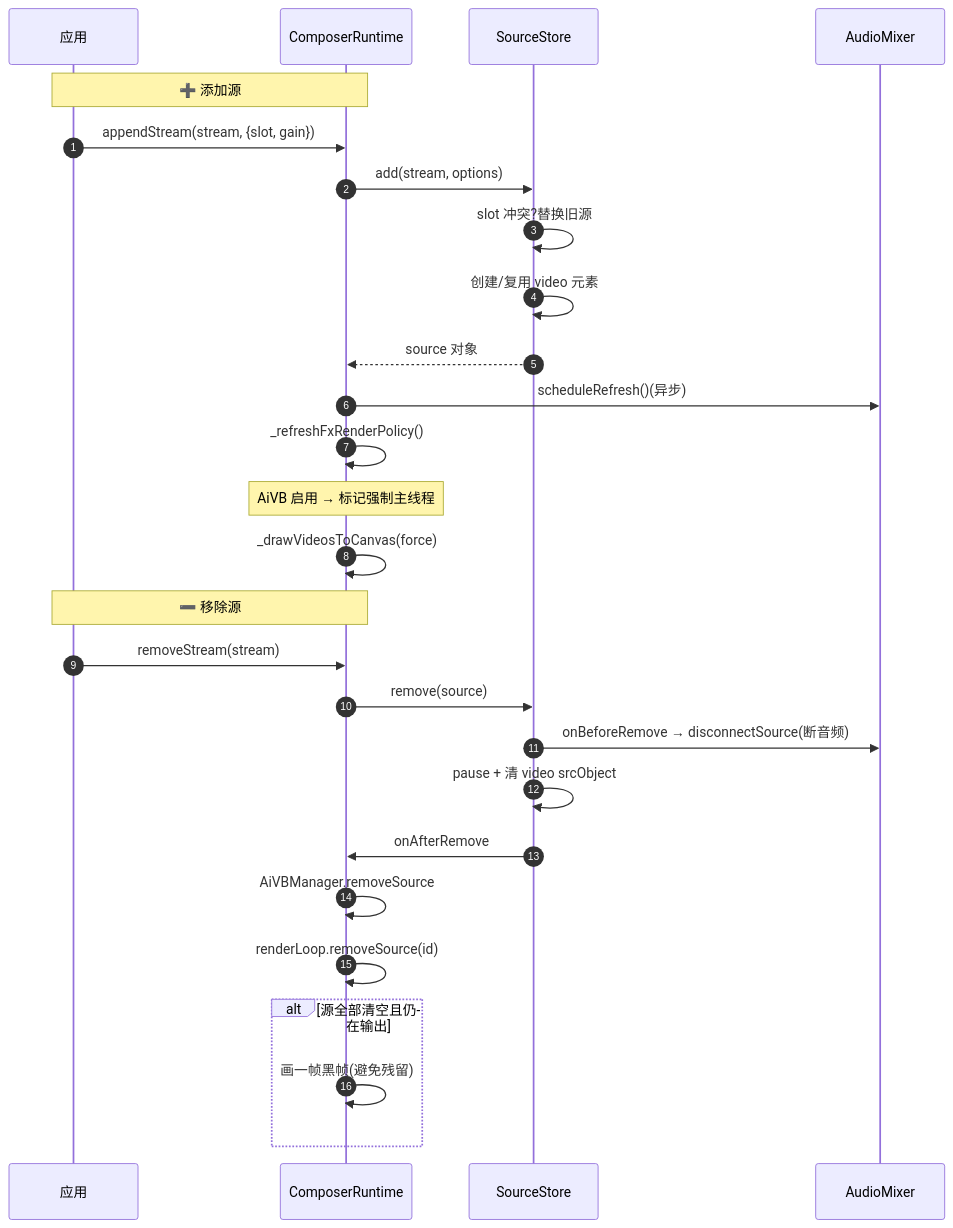
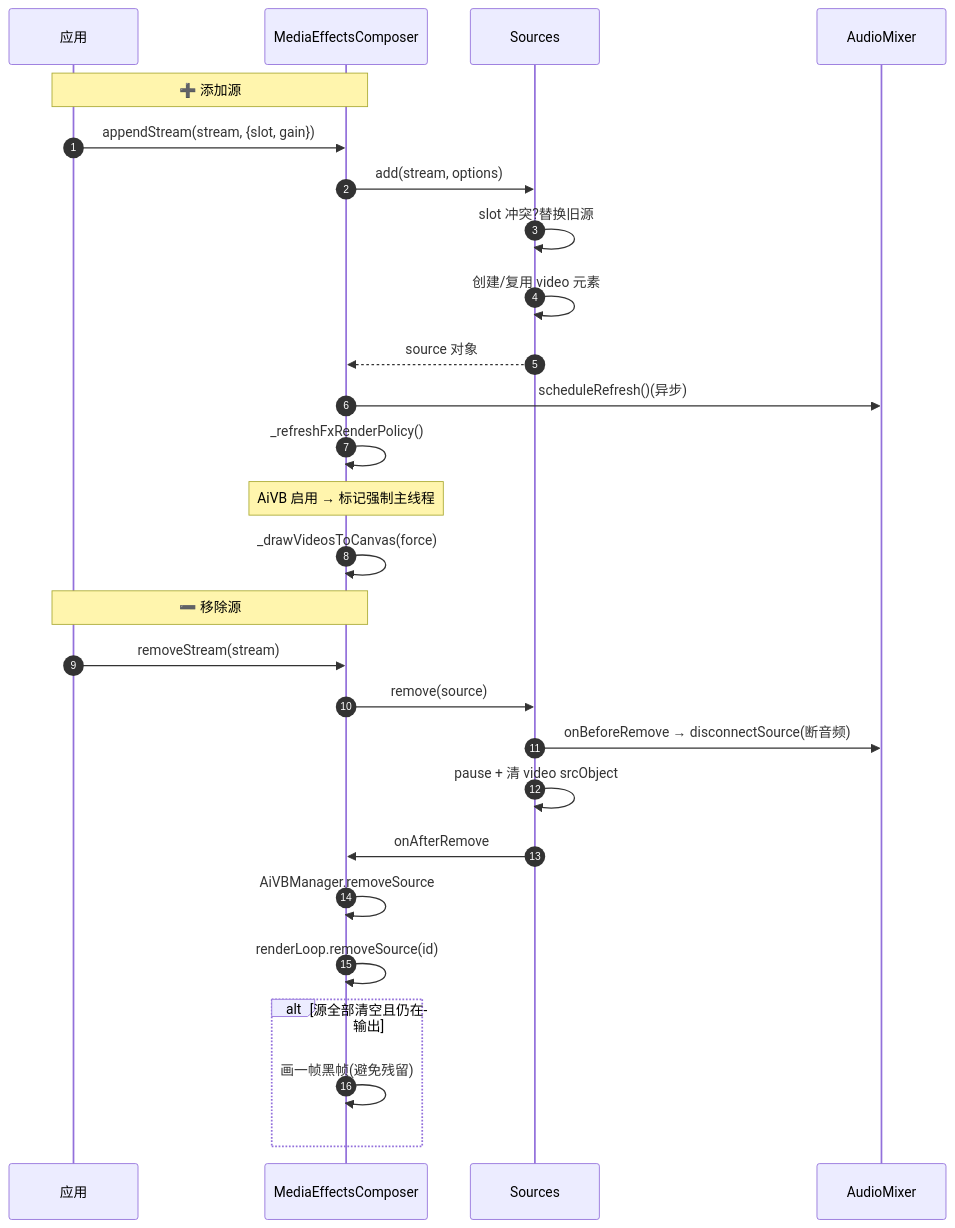
The tenth of 19 diagrams in docs/MediaEffectsComposer-学习手册.md (lei40251/JsSIP), drawn with Mermaid before and after one commit. The commit also changed other lines of this file and 72 other files, not shown here.

First line of the commit message:
refactor: 合并精简 MediaEffectsComposer/AiNS/BFCP 模块，消除过度抽象层

````diff
--- a/docs/MediaEffectsComposer-学习手册.md
+++ b/docs/MediaEffectsComposer-学习手册.md
@@ -530,31 +516,31 @@
 ```mermaid
 sequenceDiagram
     autonumber
     participant App as 应用
-    participant CRT as ComposerRuntime
-    participant SS as SourceStore
+    participant CRT as MediaEffectsComposer
+    participant SS as Sources
     participant AM as AudioMixer
 
     Note over App,CRT: ➕ 添加源
     App->>CRT: appendStream(stream, {slot, gain})
     CRT->>SS: add(stream, options)
     SS->>SS: slot 冲突?替换旧源
     SS->>SS: 创建/复用 video 元素
     SS-->>CRT: source 对象
     CRT->>AM: scheduleRefresh()(异步)
     CRT->>CRT: _refreshFxRenderPolicy()
     Note over CRT: AiVB 启用 → 标记强制主线程
     CRT->>CRT: _drawVideosToCanvas(force)
 
     Note over App,CRT: ➖ 移除源
     App->>CRT: removeStream(stream)
     CRT->>SS: remove(source)
     SS->>AM: onBeforeRemove → disconnectSource(断音频)
     SS->>SS: pause + 清 video srcObject
     SS->>CRT: onAfterRemove
     CRT->>CRT: AiVBManager.removeSource
     CRT->>CRT: renderLoop.removeSource(id)
     alt 源全部清空且仍在输出
         CRT->>CRT: 画一帧黑帧(避免残留)
     end
 ```
````
